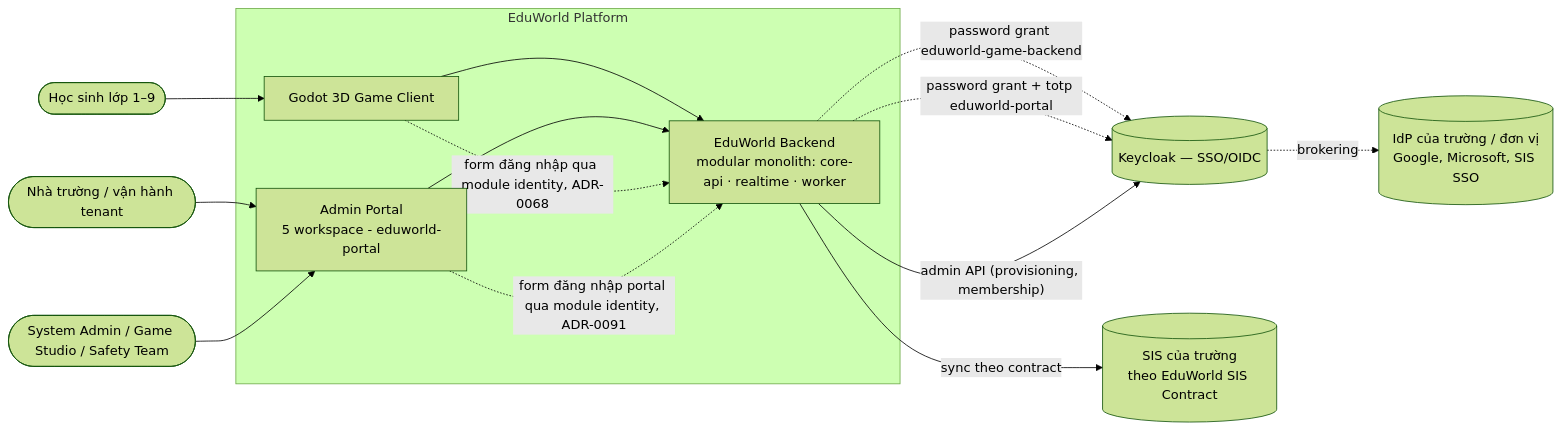
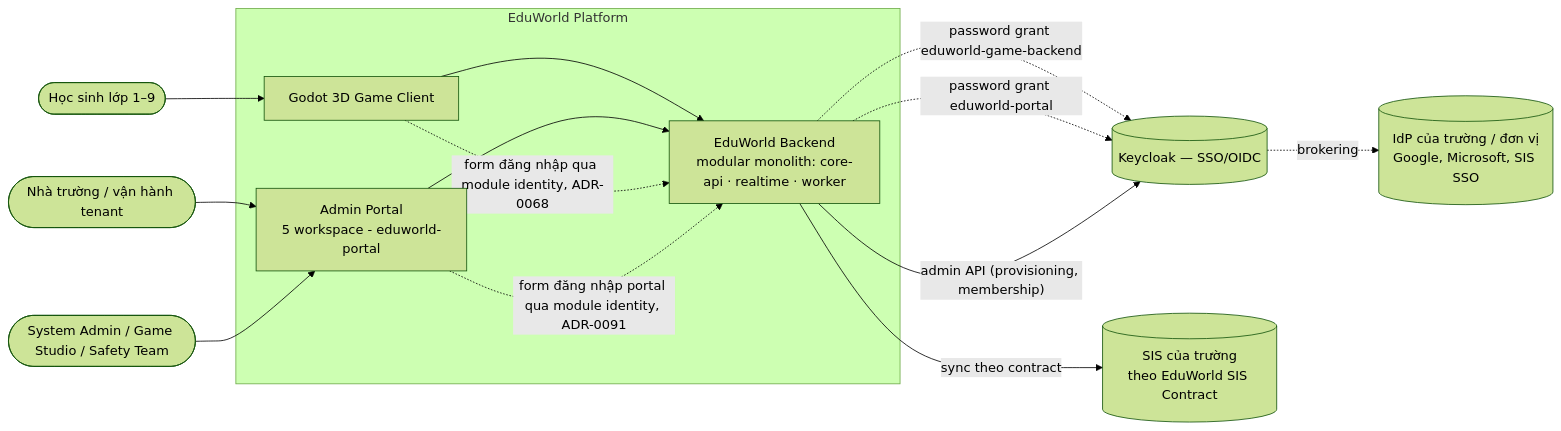
The first of 5 diagrams in docs/06-architecture/SYSTEM_ARCHITECTURE.md (tanguyen2020/eduworld-platform), drawn with Mermaid (forest theme) before and after one commit. The commit also changed other lines of this file and 242 other files, not shown here.

First line of the commit message:
feat(identity): remove MFA (TOTP) from the Admin Portal login (ADR-0094)

````diff
--- a/docs/06-architecture/SYSTEM_ARCHITECTURE.md
+++ b/docs/06-architecture/SYSTEM_ARCHITECTURE.md
@@ -39,29 +39,29 @@
 ```mermaid
 flowchart LR
   student([Học sinh lớp 1–9])
   schoolstaff([Nhà trường / vận hành tenant])
   sysadmin([System Admin / Game Studio / Safety Team])
 
   subgraph EW[EduWorld Platform]
     game[Godot 3D Game Client]
     web[Admin Portal\n5 workspace - eduworld-portal]
     core[EduWorld Backend\nmodular monolith: core-api · realtime · worker]
   end
 
   kc[(Keycloak — SSO/OIDC)]
   idp[(IdP của trường / đơn vị\nGoogle, Microsoft, SIS SSO)]
   sis[(SIS của trường\ntheo EduWorld SIS Contract)]
 
   student --> game
   schoolstaff --> web
   sysadmin --> web
   game --> core
   web --> core
   game -.->|form đăng nhập qua module identity, ADR-0068| core
   core -.->|password grant eduworld-game-backend| kc
   web -.->|form đăng nhập portal qua module identity, ADR-0091| core
-  core -.->|password grant + totp eduworld-portal| kc
+  core -.->|password grant eduworld-portal| kc
   kc -.->|brokering| idp
   core -- sync theo contract --> sis
   core -- admin API (provisioning, membership) --> kc
 ```
````
